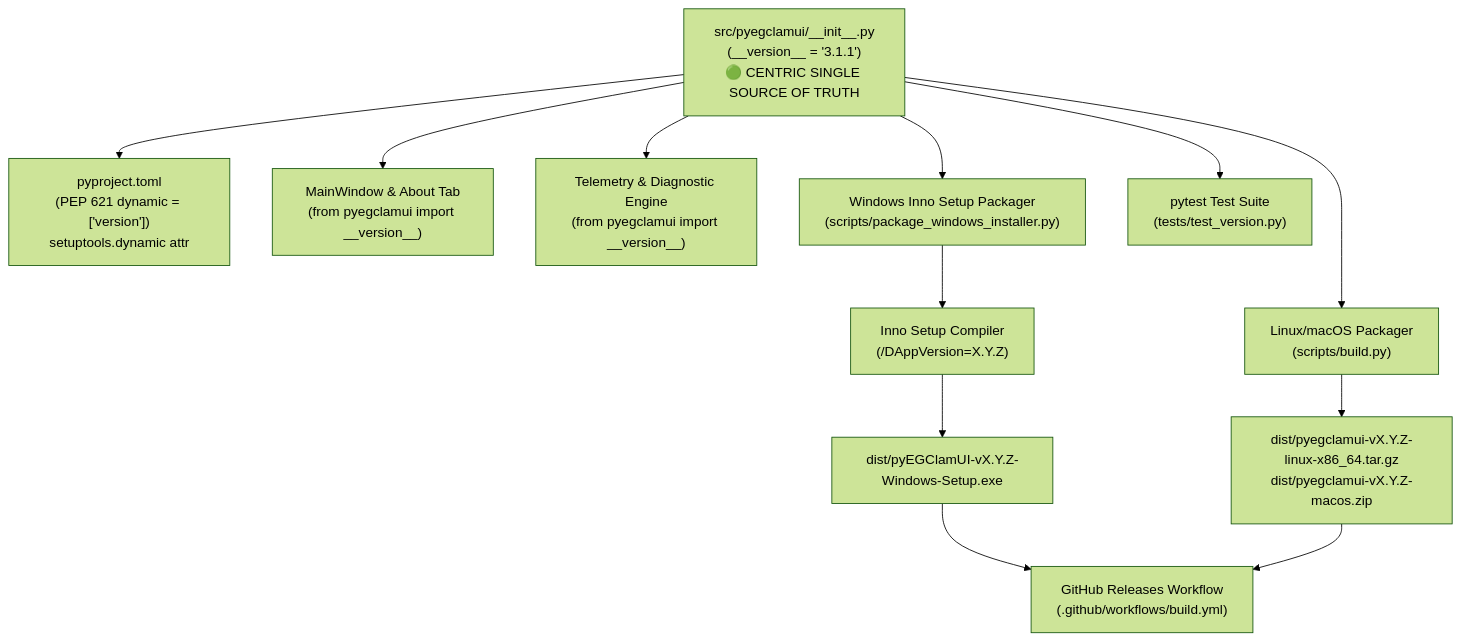
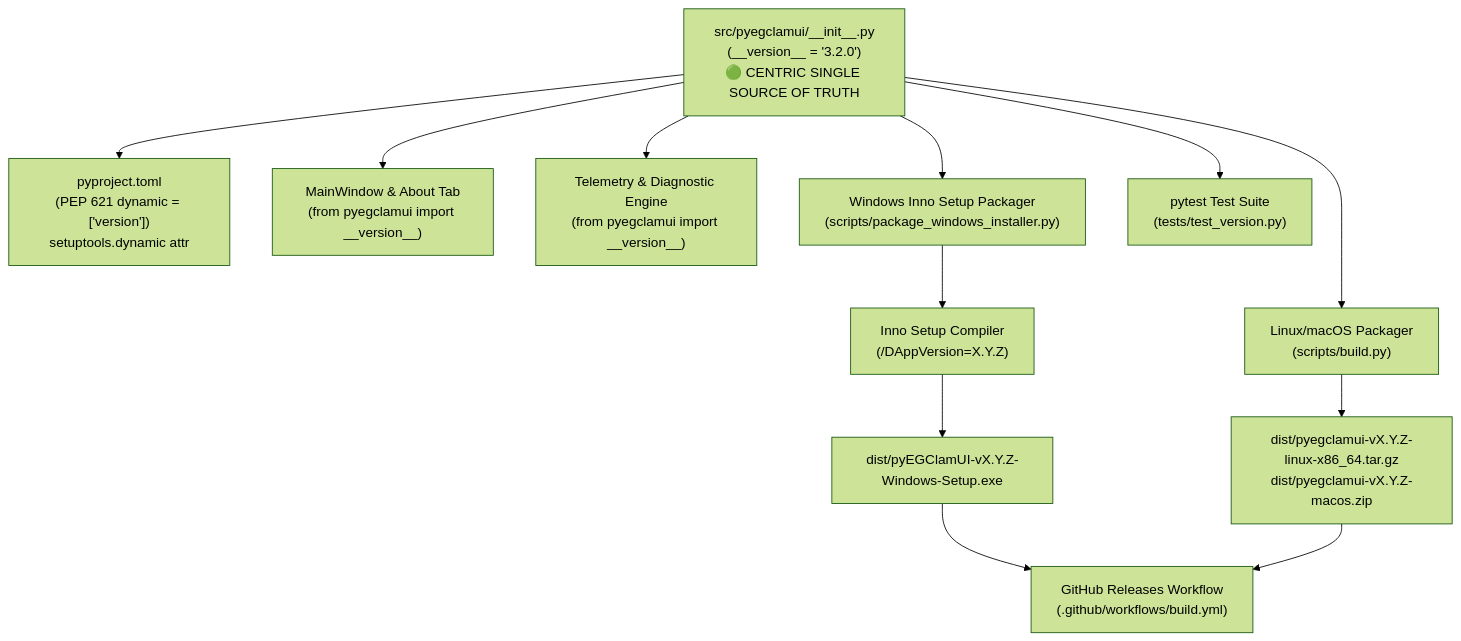
One commit to EG1DOTIN/pyEGClamUI changed the second of 3 diagrams in docs/VERSIONING.md. Above: the diagram before and after it, drawn with Mermaid (forest theme). The commit also changed other lines of this file and 17 other files, not shown here.

First line of the commit message:
feat(gui): bump version to 3.2.0 and introduce dual-tier adaptive GUI architecture

````diff
--- a/docs/VERSIONING.md
+++ b/docs/VERSIONING.md
@@ -43,17 +43,18 @@
 ```mermaid
 flowchart TD
-    Init["src/pyegclamui/__init__.py<br/>(__version__ = '3.1.1')<br/>🟢 CENTRIC SINGLE SOURCE OF TRUTH"]
+    Init["src/pyegclamui/__init__.py<br/>(__version__ = '3.2.0')<br/>🟢 CENTRIC SINGLE SOURCE OF TRUTH"]
+
 
     Init --> Pyproj["pyproject.toml<br/>(PEP 621 dynamic = ['version'])<br/>setuptools.dynamic attr"]
     Init --> GUI["MainWindow & About Tab<br/>(from pyegclamui import __version__)"]
     Init --> Telem["Telemetry & Diagnostic Engine<br/>(from pyegclamui import __version__)"]
     Init --> BuildUnix["Linux/macOS Packager<br/>(scripts/build.py)"]
     Init --> BuildWin["Windows Inno Setup Packager<br/>(scripts/package_windows_installer.py)"]
     Init --> Pytest["pytest Test Suite<br/>(tests/test_version.py)"]
 
     BuildWin --> Inno["Inno Setup Compiler<br/>(/DAppVersion=X.Y.Z)"]
     Inno --> SetupExe["dist/pyEGClamUI-vX.Y.Z-Windows-Setup.exe"]
     BuildUnix --> TarGz["dist/pyegclamui-vX.Y.Z-linux-x86_64.tar.gz<br/>dist/pyegclamui-vX.Y.Z-macos.zip"]
     SetupExe --> Release["GitHub Releases Workflow<br/>(.github/workflows/build.yml)"]
     TarGz --> Release
 ```
````
